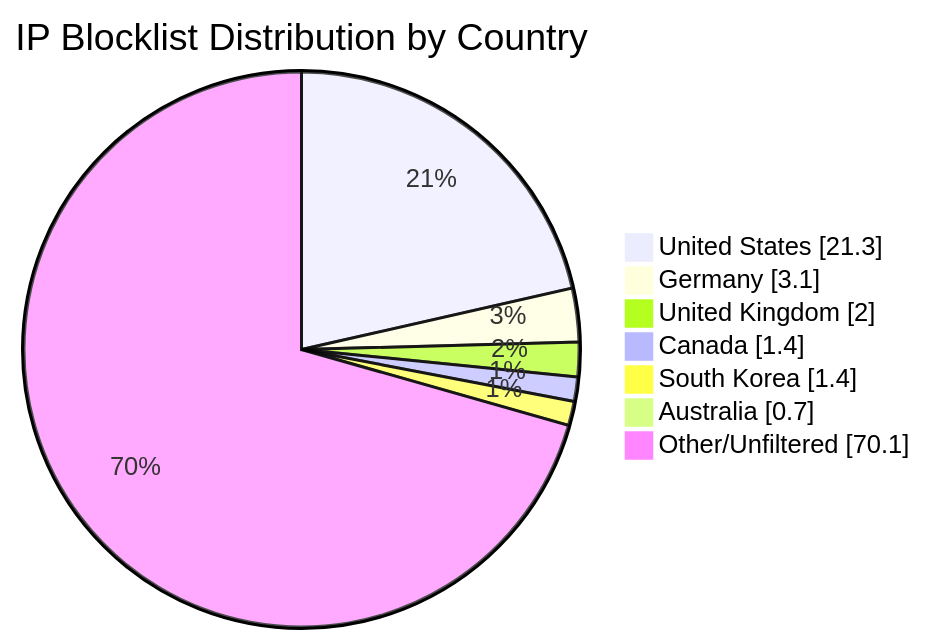
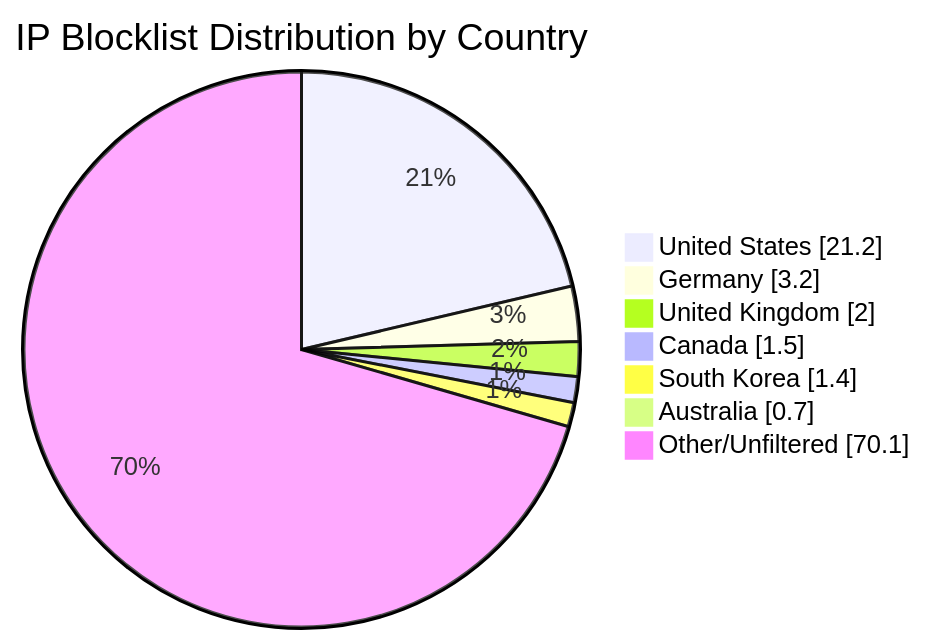
One commit to MarcusHoltz/ipblocklist-geofiltered-aggregator changed the diagram in README.md. Above: the diagram before and after it, drawn with Mermaid. The commit also changed other lines of this file and 9 other files, not shown here.

````diff
--- a/README.md
+++ b/README.md
@@ -34,10 +34,10 @@
 ```mermaid
 pie showData title IP Blocklist Distribution by Country
-"United States" : 21.3
-"Germany" : 3.1
+"United States" : 21.2
+"Germany" : 3.2
 "United Kingdom" : 2.0
-"Canada" : 1.4
+"Canada" : 1.5
 "South Korea" : 1.4
 "Australia" : 0.7
 "Other/Unfiltered" : 70.1
 ```
````
